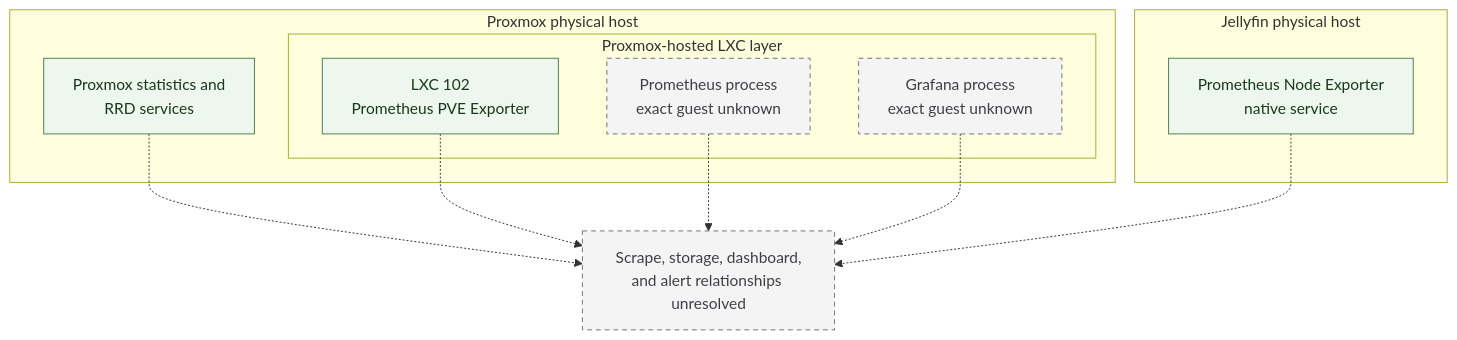
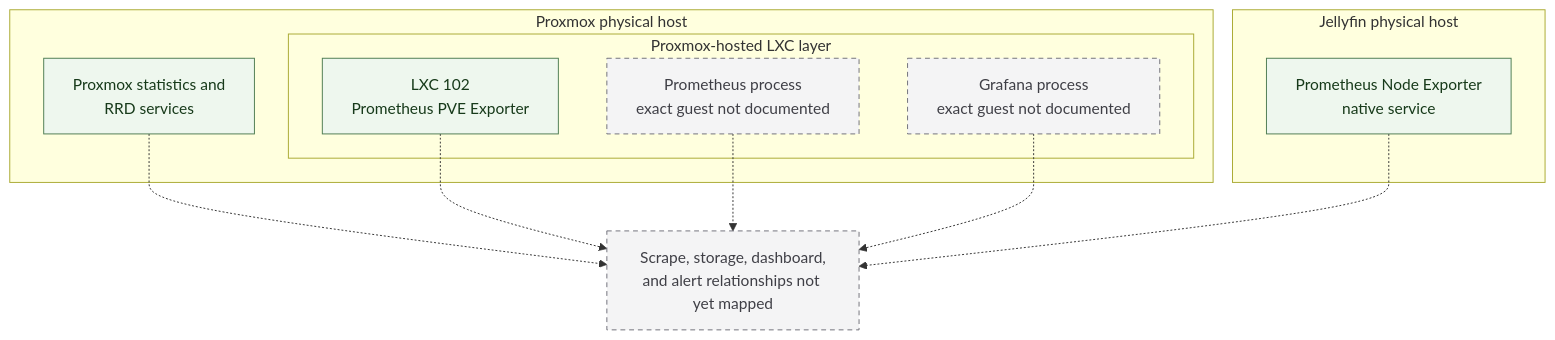
The diagram in monitoring/overview.md (PCEWLKR/homeserver-infrastructure), drawn with Mermaid before and after one commit. The commit also changed other lines of this file and 12 other files, not shown here.

````diff
--- a/monitoring/overview.md
+++ b/monitoring/overview.md
@@ -23,30 +23,30 @@
 ```mermaid
 flowchart TB
     subgraph PVE["Proxmox physical host"]
         PSTATS["Proxmox statistics and<br/>RRD services"]
 
         subgraph LXCS["Proxmox-hosted LXC layer"]
             E102["LXC 102<br/>Prometheus PVE Exporter"]
-            PROM["Prometheus process<br/>exact guest unknown"]
-            GRAF["Grafana process<br/>exact guest unknown"]
+            PROM["Prometheus process<br/>exact guest not documented"]
+            GRAF["Grafana process<br/>exact guest not documented"]
         end
     end
 
     subgraph JHOST["Jellyfin physical host"]
         NODE["Prometheus Node Exporter<br/>native service"]
     end
 
-    UNKNOWN["Scrape, storage, dashboard,<br/>and alert relationships unresolved"]
+    OPENITEMS["Scrape, storage, dashboard,<br/>and alert relationships not yet mapped"]
 
-    PSTATS -.-> UNKNOWN
-    E102 -.-> UNKNOWN
-    PROM -.-> UNKNOWN
-    GRAF -.-> UNKNOWN
-    NODE -.-> UNKNOWN
+    PSTATS -.-> OPENITEMS
+    E102 -.-> OPENITEMS
+    PROM -.-> OPENITEMS
+    GRAF -.-> OPENITEMS
+    NODE -.-> OPENITEMS
 
     classDef mapped fill:#eef7ee,stroke:#4f7d53,color:#173a1a;
-    classDef unresolved fill:#f4f4f5,stroke:#71717a,color:#3f3f46,stroke-dasharray:5 4;
+    classDef not_yet_mapped fill:#f4f4f5,stroke:#71717a,color:#3f3f46,stroke-dasharray:5 4;
 
     class PSTATS,NODE,E102 mapped;
-    class PROM,GRAF,UNKNOWN unresolved;
+    class PROM,GRAF,OPENITEMS not_yet_mapped;
 ```
````
